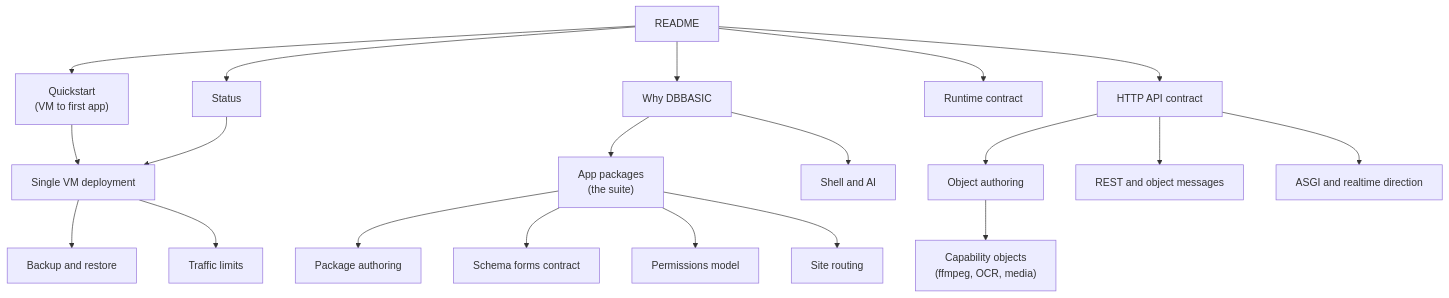
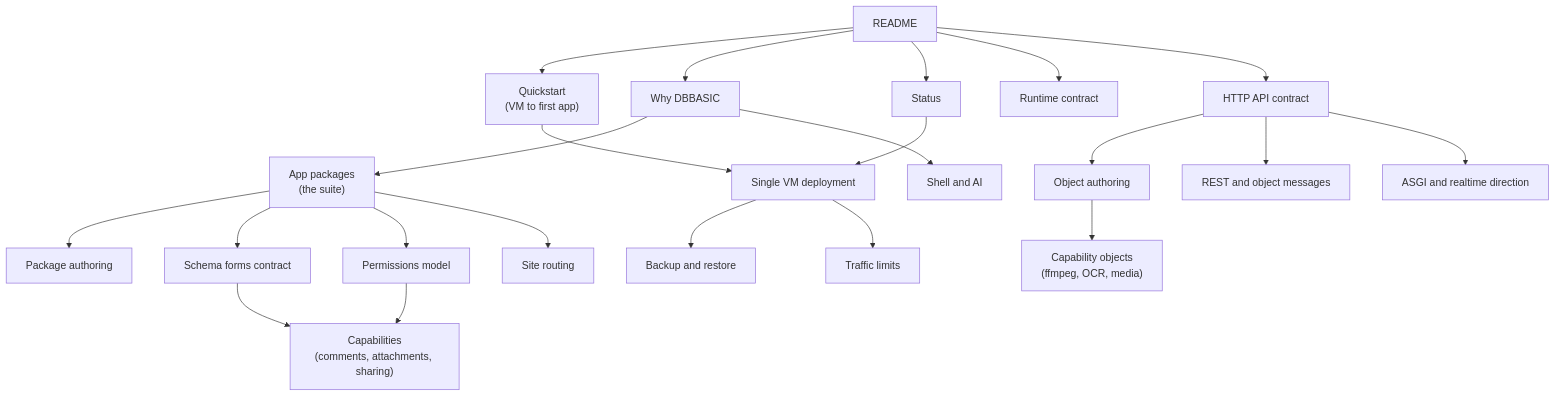
One commit to askrobots/dbbasic-object-server changed the diagram in docs/README.md. Above: the diagram before and after it, drawn with Mermaid. The commit also changed other lines of this file and 3 other files, not shown here.

````diff
--- a/docs/README.md
+++ b/docs/README.md
@@ -9,27 +9,29 @@
 ```mermaid
 flowchart TD
     A["README"] --> QS["Quickstart<br/>(VM to first app)"]
     A --> W["Why DBBASIC"]
     A --> R["Status"]
     A --> B["Runtime contract"]
     A --> C["HTTP API contract"]
 
     QS --> L["Single VM deployment<br/>(full reference)"]
 
     W --> APPS["App packages<br/>(the suite)"]
     W --> SH["Shell and AI"]
 
     APPS --> Q["Package authoring"]
     APPS --> SF["Schema forms contract"]
+    SF --> CAPS["Capabilities<br/>(comments, attachments, sharing)"]
     APPS --> P["Permissions model"]
+    P --> CAPS
     APPS --> SR["Site routing"]
 
     C --> M["Object authoring"]
     M --> CAP["Capability objects<br/>(ffmpeg, OCR, media)"]
     C --> E["REST and object messages"]
     C --> D["ASGI and realtime direction"]
 
     R --> L["Single VM deployment"]
     L --> N["Backup and restore"]
     L --> O["Traffic limits"]
 ```
````
